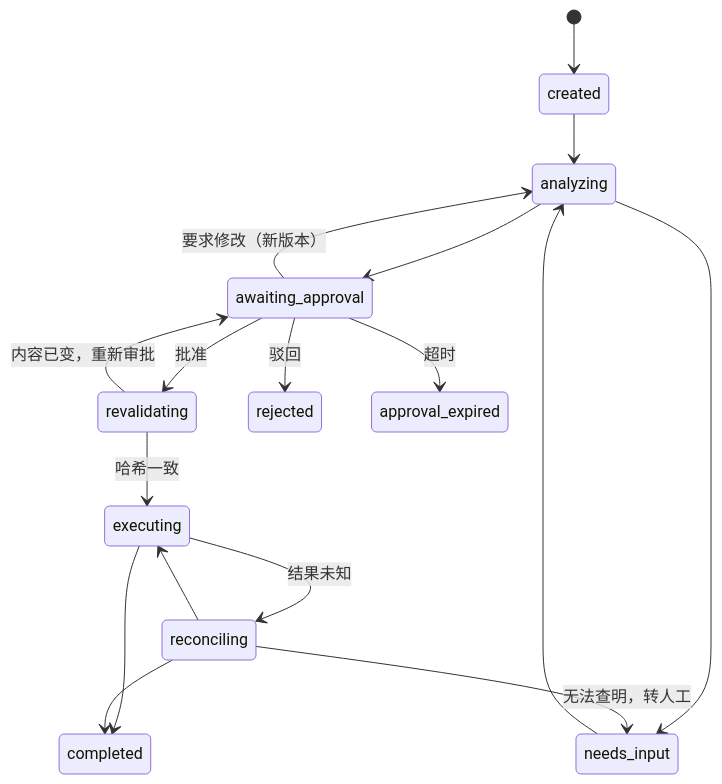
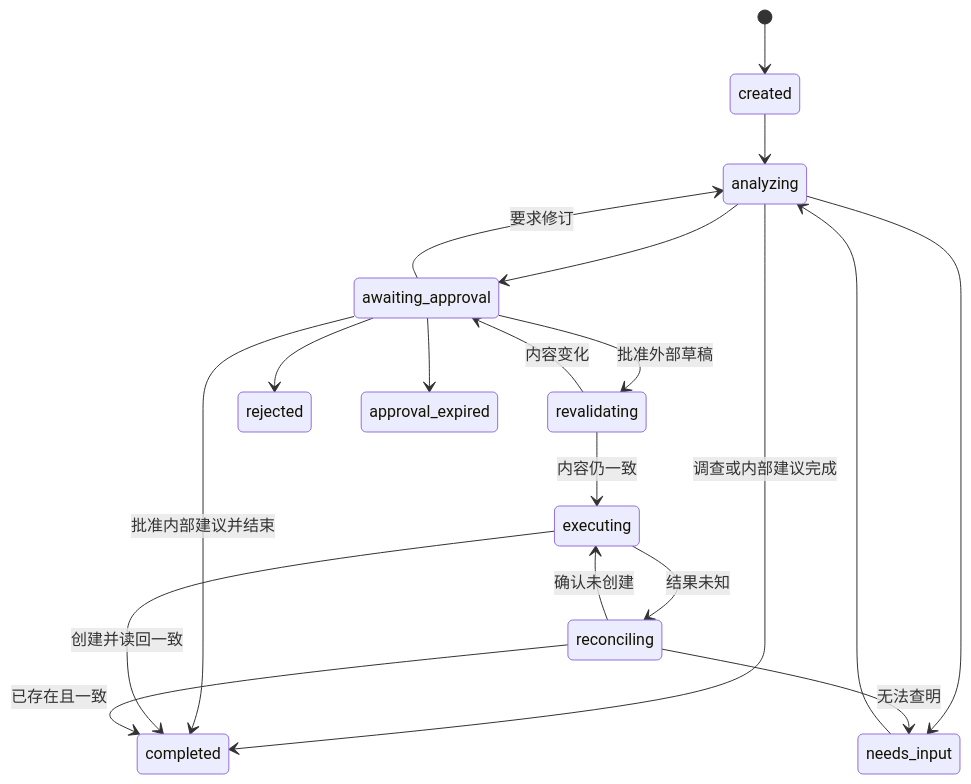
The diagram in docs/spec/state-machine.md (ruihanbabe/SupplyDemo), drawn with Mermaid before and after one commit. The commit also changed other lines of this file and 62 other files, not shown here.

````diff
--- a/docs/spec/state-machine.md
+++ b/docs/spec/state-machine.md
@@ -31,19 +29,21 @@
 ```mermaid
 stateDiagram-v2
     [*] --> created
     created --> analyzing
     analyzing --> needs_input
     analyzing --> awaiting_approval
+    analyzing --> completed: 调查或内部建议完成
     needs_input --> analyzing
-    awaiting_approval --> revalidating: 批准
-    awaiting_approval --> analyzing: 要求修改（新版本）
-    awaiting_approval --> rejected: 驳回
-    awaiting_approval --> approval_expired: 超时
-    revalidating --> executing: 哈希一致
-    revalidating --> awaiting_approval: 内容已变，重新审批
-    executing --> completed
+    awaiting_approval --> analyzing: 要求修订
+    awaiting_approval --> revalidating: 批准外部草稿
+    awaiting_approval --> completed: 批准内部建议并结束
+    awaiting_approval --> rejected
+    awaiting_approval --> approval_expired
+    revalidating --> executing: 内容仍一致
+    revalidating --> awaiting_approval: 内容变化
+    executing --> completed: 创建并读回一致
     executing --> reconciling: 结果未知
-    reconciling --> completed
-    reconciling --> executing
-    reconciling --> needs_input: 无法查明，转人工
+    reconciling --> completed: 已存在且一致
+    reconciling --> executing: 确认未创建
+    reconciling --> needs_input: 无法查明
 ```
````
